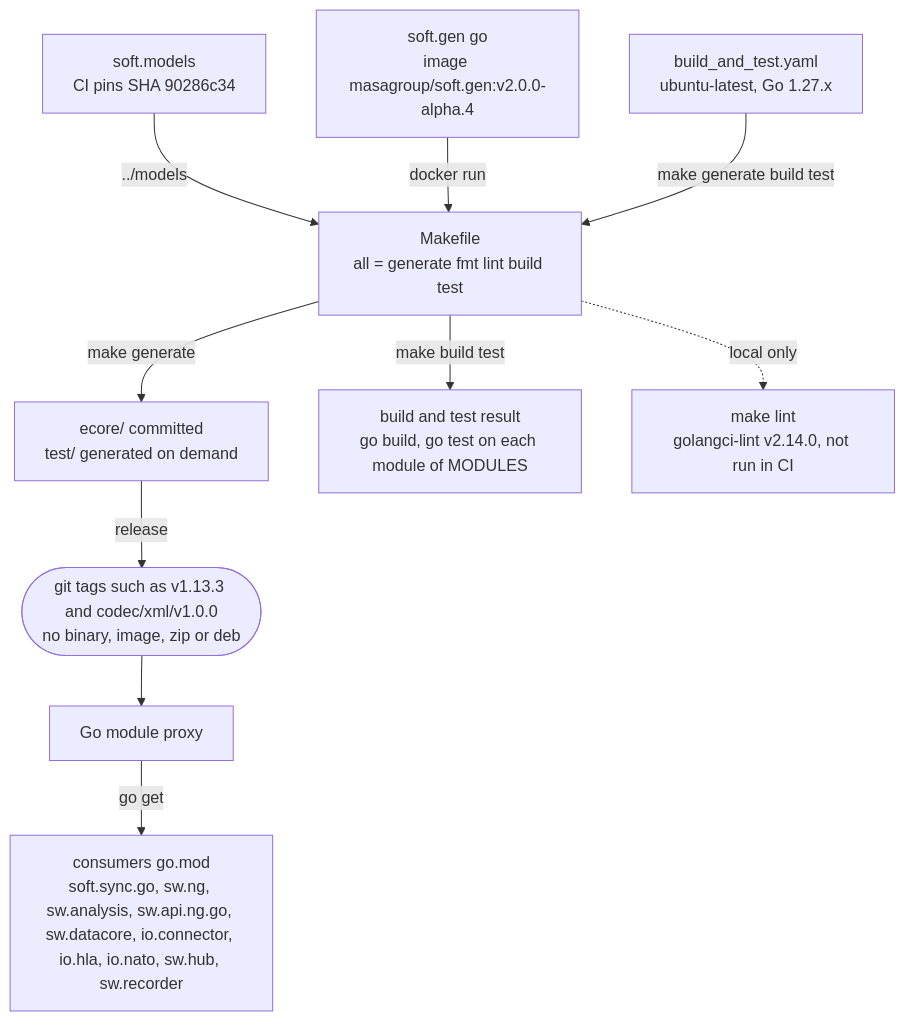
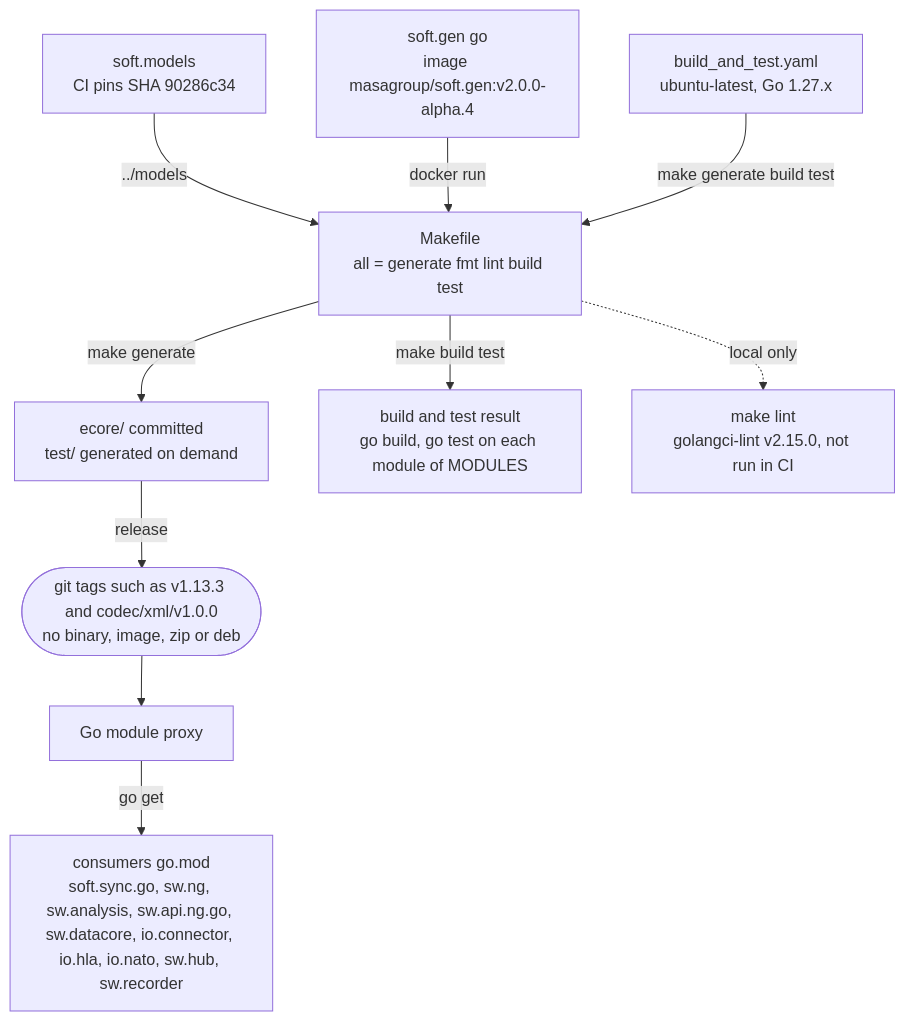
One commit to masagroup/soft.go changed the sixth of 6 diagrams in ARCHITECTURE.md. Above: the diagram before and after it, drawn with Mermaid. The commit also changed other lines of this file and 2 other files, not shown here.

First line of the commit message:
build: golangci-lint v2.15.0, golang 1.27.4 image

````diff
--- a/ARCHITECTURE.md
+++ b/ARCHITECTURE.md
@@ -272,22 +272,22 @@
 ```mermaid
 flowchart TB
     MOD["soft.models<br/>CI pins SHA 90286c34"]
     GENR["soft.gen go<br/>image masagroup/soft.gen:v2.0.0-alpha.4"]
     MK["Makefile<br/>all = generate fmt lint build test"]
     SRC["ecore/ committed<br/>test/ generated on demand"]
     CHK["build and test result<br/>go build, go test on each module of MODULES"]
     CI["build_and_test.yaml<br/>ubuntu-latest, Go 1.27.x"]
-    LINT["make lint<br/>golangci-lint v2.14.0, not run in CI"]
+    LINT["make lint<br/>golangci-lint v2.15.0, not run in CI"]
     TAG(["git tags such as v1.13.3 and codec/xml/v1.0.0<br/>no binary, image, zip or deb"])
     PROXY["Go module proxy"]
     CONS["consumers go.mod<br/>soft.sync.go, sw.ng, sw.analysis, sw.api.ng.go, sw.datacore, io.connector, io.hla, io.nato, sw.hub, sw.recorder"]
     MOD -->|"../models"| MK
     GENR -->|"docker run"| MK
     CI -->|"make generate build test"| MK
     MK -->|"make generate"| SRC
     MK -->|"make build test"| CHK
     MK -.->|"local only"| LINT
     SRC -->|"release"| TAG
     TAG --> PROXY
     PROXY -->|"go get"| CONS
 ```
````
